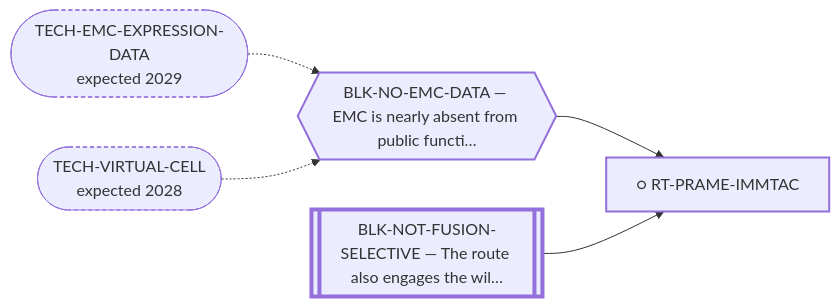
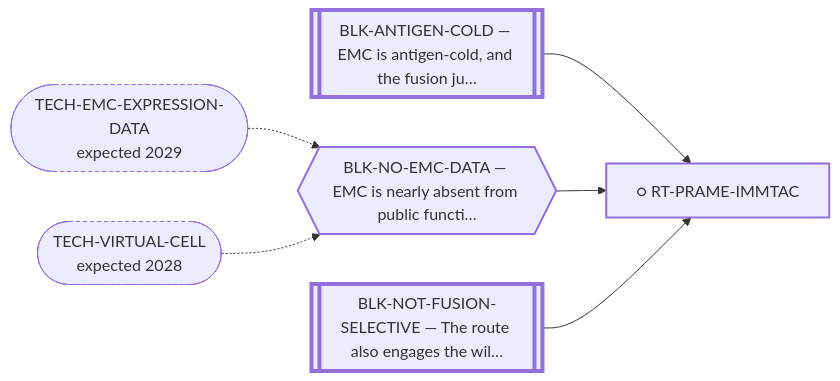
One commit to trimcrae/Rare-cancers changed the diagram in systems/views/L2-rt-prame-immtac.md. Above: the diagram before and after it, drawn with Mermaid. The commit also changed other lines of this file and 27 other files, not shown here.

````diff
--- a/systems/views/L2-rt-prame-immtac.md
+++ b/systems/views/L2-rt-prame-immtac.md
@@ -27,16 +27,18 @@
 ```mermaid
 flowchart LR
   RT_PRAME_IMMTAC["○ RT-PRAME-IMMTAC"]:::fam
+  BLK_ANTIGEN_COLD[["BLK-ANTIGEN-COLD — EMC is antigen-cold, and the fusion ju…"]]:::perm
+  BLK_ANTIGEN_COLD --> RT_PRAME_IMMTAC
   BLK_NO_EMC_DATA{{"BLK-NO-EMC-DATA — EMC is nearly absent from public functi…"}}:::blk
   BLK_NO_EMC_DATA --> RT_PRAME_IMMTAC
   TECH_EMC_EXPRESSION_DATA(["TECH-EMC-EXPRESSION-DATA<br/>expected 2029"]):::tech
   TECH_EMC_EXPRESSION_DATA -.-> BLK_NO_EMC_DATA
   TECH_VIRTUAL_CELL(["TECH-VIRTUAL-CELL<br/>expected 2028"]):::tech
   TECH_VIRTUAL_CELL -.-> BLK_NO_EMC_DATA
   BLK_NOT_FUSION_SELECTIVE[["BLK-NOT-FUSION-SELECTIVE — The route also engages the wil…"]]:::perm
   BLK_NOT_FUSION_SELECTIVE --> RT_PRAME_IMMTAC
   classDef fam stroke-width:2px;
   classDef blk stroke-width:2px;
   classDef perm stroke-width:4px;
   classDef tech stroke-width:1px,stroke-dasharray:4 3;
 ```
````
